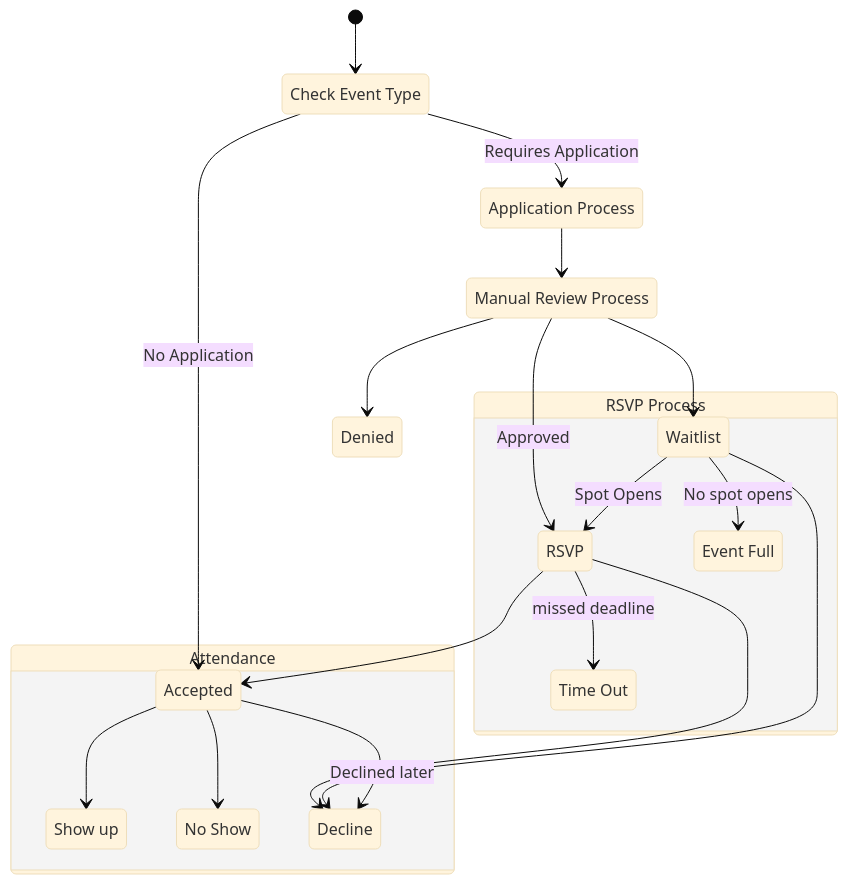
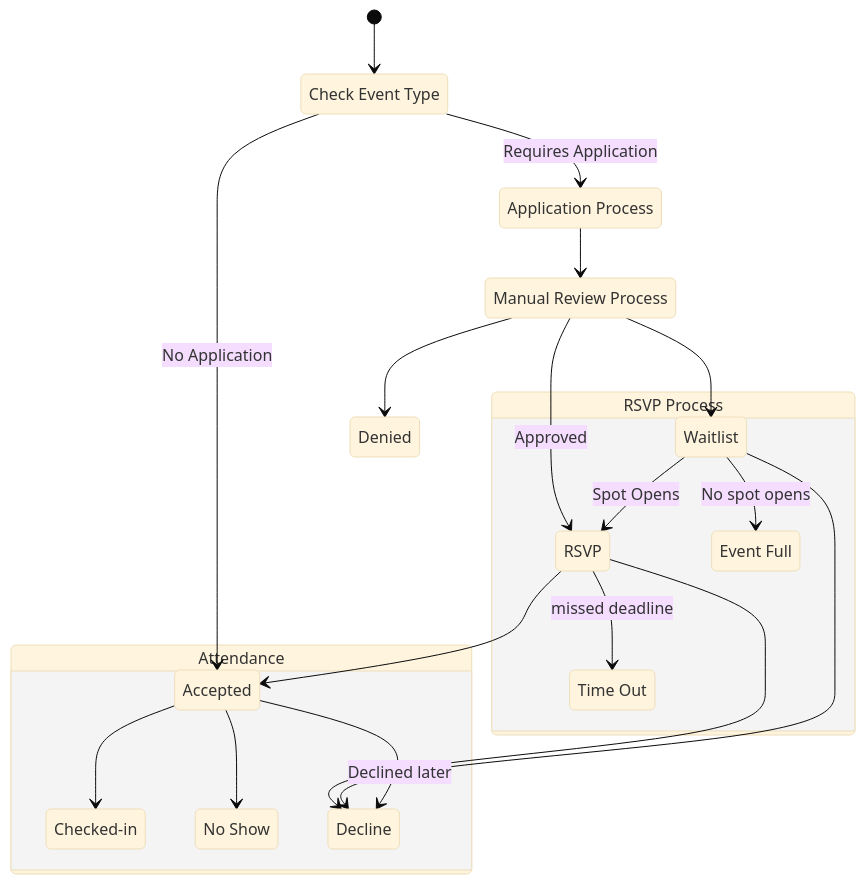
Before and after one commit to mruhacks/mruhacks2026: the first of 3 diagrams in docs/ARCHITECTURE.md, drawn with Mermaid (base theme). The commit also changed other lines of this file and 7 other files, not shown here.

Commit message:
Add check-ins table, event types lookup table, add event types fk to events table. Update documentation to reflect schema changes.

````diff
--- a/docs/ARCHITECTURE.md
+++ b/docs/ARCHITECTURE.md
@@ -111,34 +113,34 @@
 ```mermaid
 stateDiagram-v2
     [*] --> checkType
 
     checkType --> ApplicationProcess : Requires Application
     checkType --> Accepted : No Application
 
     ApplicationProcess --> ManualReview
 
     ManualReview --> Waitlist
     ManualReview --> RSVP : Approved
     ManualReview --> Denied
 
     state "Check Event Type" as checkType
     state "Application Process" as ApplicationProcess
     state "Event Full" as EventFull
     state "Manual Review Process" as ManualReview
     state "Time Out" as TimeOut
-    state "Show up" as Showing
+    state "Checked-in" as Showing
     state "No Show" as NoShow
     state "RSVP Process" as RSVPProcess {
         RSVP --> Accepted
         RSVP --> Decline
         RSVP --> TimeOut : missed deadline
         Waitlist --> RSVP : Spot Opens
         Waitlist --> EventFull : No spot opens
         Waitlist --> Decline
     }
     state Attendance {
         Accepted --> Decline : Declined later
         Accepted --> Showing
         Accepted --> NoShow
     }
 ```
````
